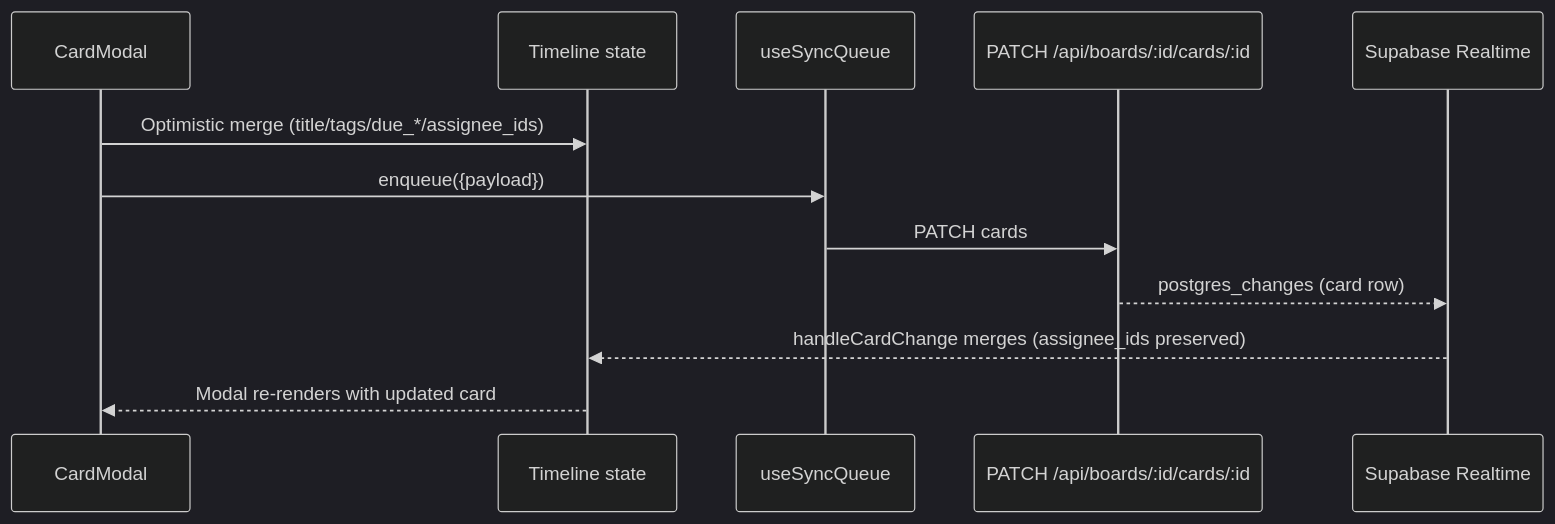
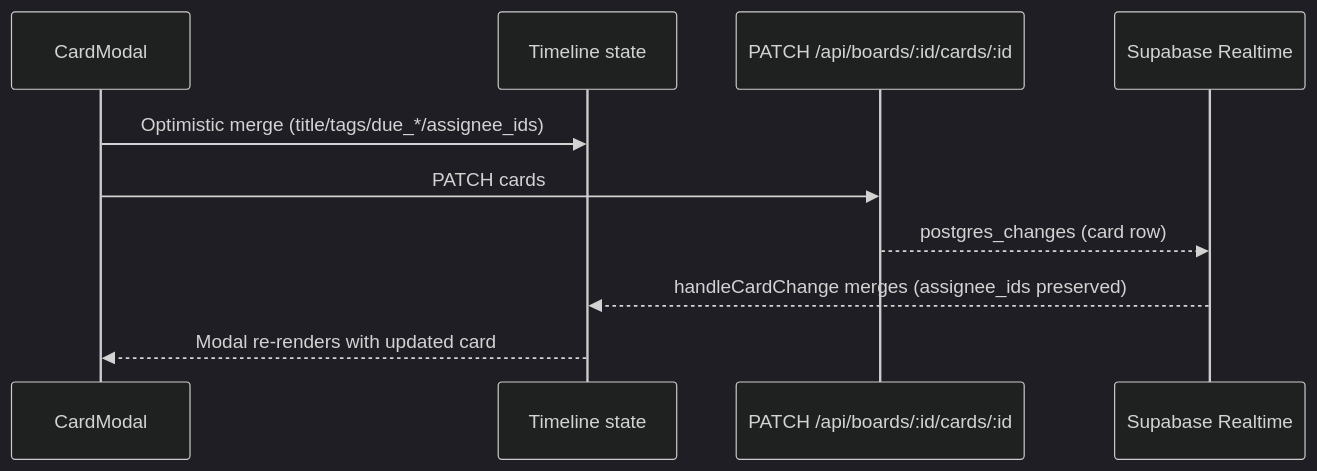
Before and after one commit to my151ae/taesk: the first of 3 diagrams in docs/spec/architecture.md, drawn with Mermaid (dark theme). The commit also changed other lines of this file and 19 other files, not shown here.

Commit message:
Refactor timeline screen drag and modal workflows

````diff
--- a/docs/spec/architecture.md
+++ b/docs/spec/architecture.md
@@ -158,15 +168,13 @@
 ```mermaid
 sequenceDiagram
   participant UI as CardModal
   participant State as Timeline state
-  participant Sync as useSyncQueue
   participant API as PATCH /api/boards/:id/cards/:id
   participant RT as Supabase Realtime
 
   UI->>State: Optimistic merge (title/tags/due_*/assignee_ids)
-  UI->>Sync: enqueue({payload})
-  Sync->>API: PATCH cards
+  UI->>API: PATCH cards
   API-->>RT: postgres_changes (card row)
   RT-->>State: handleCardChange merges (assignee_ids preserved)
   State-->>UI: Modal re-renders with updated card
 ```
````
